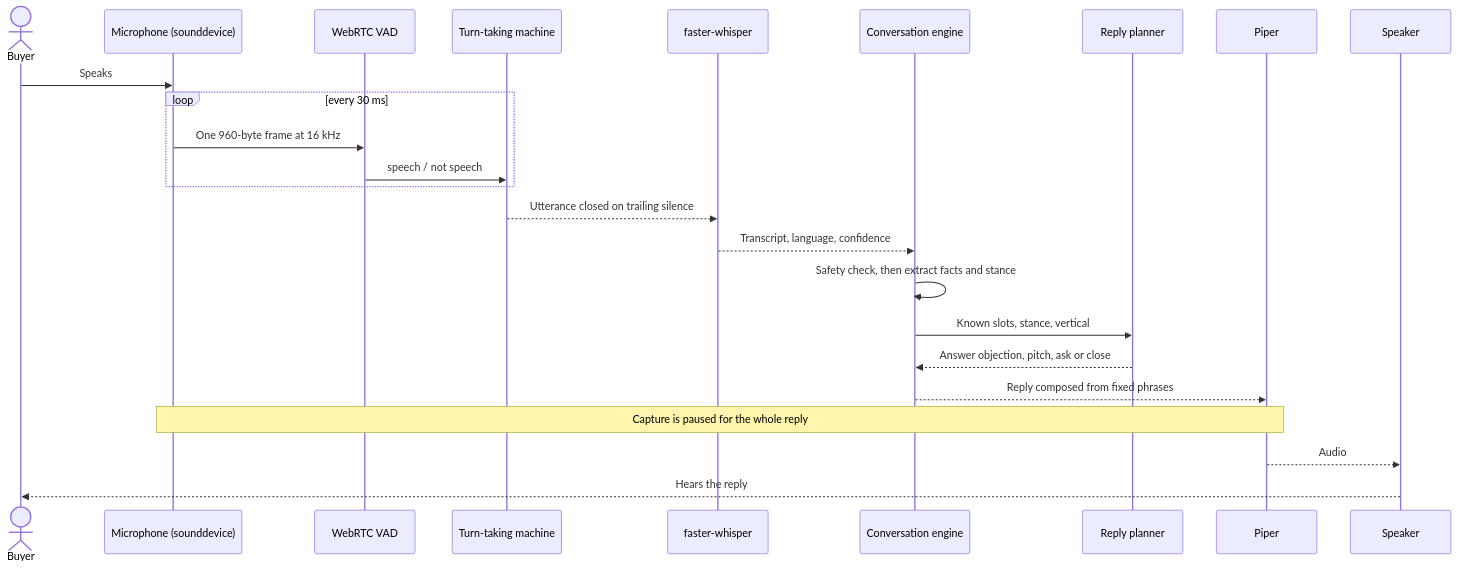
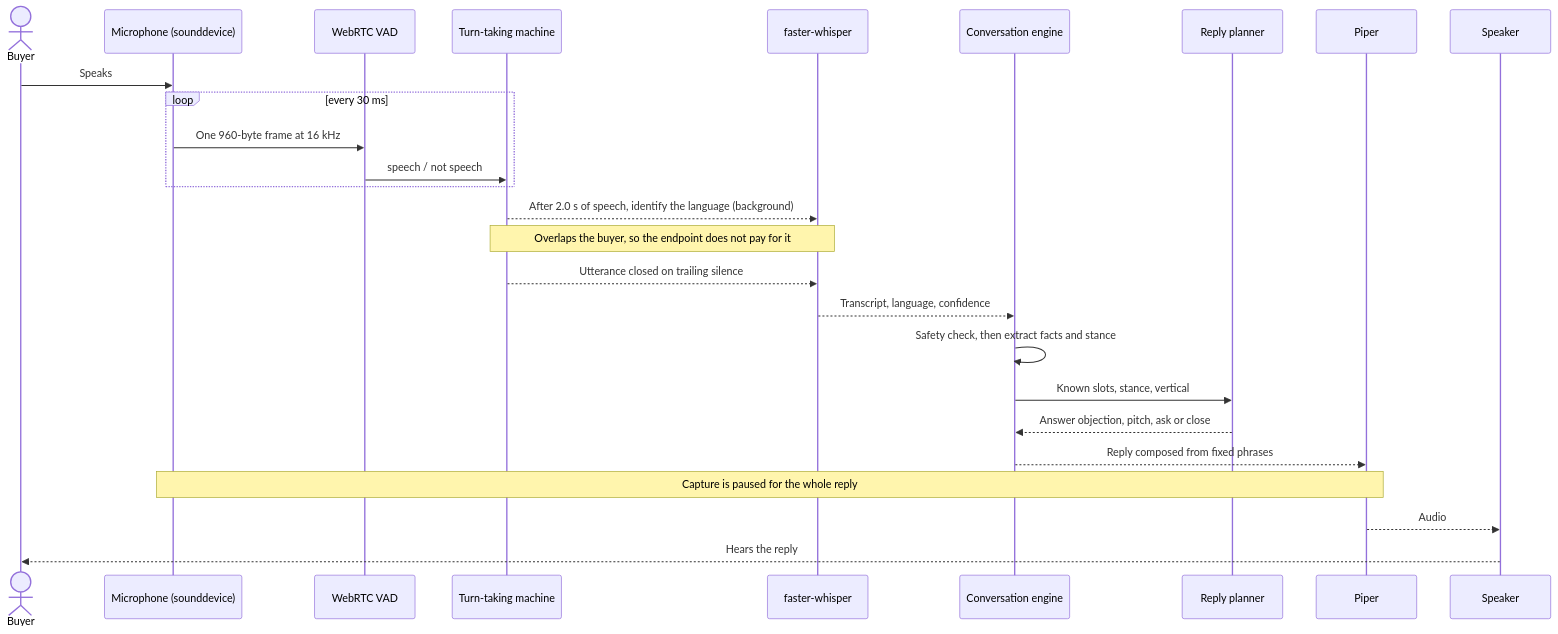
Before and after one commit to ishu-dvd/pitchBot: the third of 8 diagrams in docs/ARCHITECTURE.md, drawn with Mermaid. The commit also changed other lines of this file and 5 other files, not shown here.

````diff
--- a/docs/ARCHITECTURE.md
+++ b/docs/ARCHITECTURE.md
@@ -119,27 +119,29 @@
 ```mermaid
 sequenceDiagram
     actor Buyer
     participant Mic as Microphone (sounddevice)
     participant VAD as WebRTC VAD
     participant Turn as Turn-taking machine
     participant STT as faster-whisper
     participant Engine as Conversation engine
     participant Planner as Reply planner
     participant TTS as Piper
     participant Speaker
 
     Buyer->>Mic: Speaks
     loop every 30 ms
         Mic->>VAD: One 960-byte frame at 16 kHz
         VAD->>Turn: speech / not speech
     end
+    Turn-->>STT: After 2.0 s of speech, identify the language (background)
+    Note over Turn,STT: Overlaps the buyer, so the endpoint does not pay for it
     Turn-->>STT: Utterance closed on trailing silence
     STT-->>Engine: Transcript, language, confidence
     Engine->>Engine: Safety check, then extract facts and stance
     Engine->>Planner: Known slots, stance, vertical
     Planner-->>Engine: Answer objection, pitch, ask or close
     Engine-->>TTS: Reply composed from fixed phrases
     Note over Mic,TTS: Capture is paused for the whole reply
     TTS-->>Speaker: Audio
     Speaker-->>Buyer: Hears the reply
 ```
````
